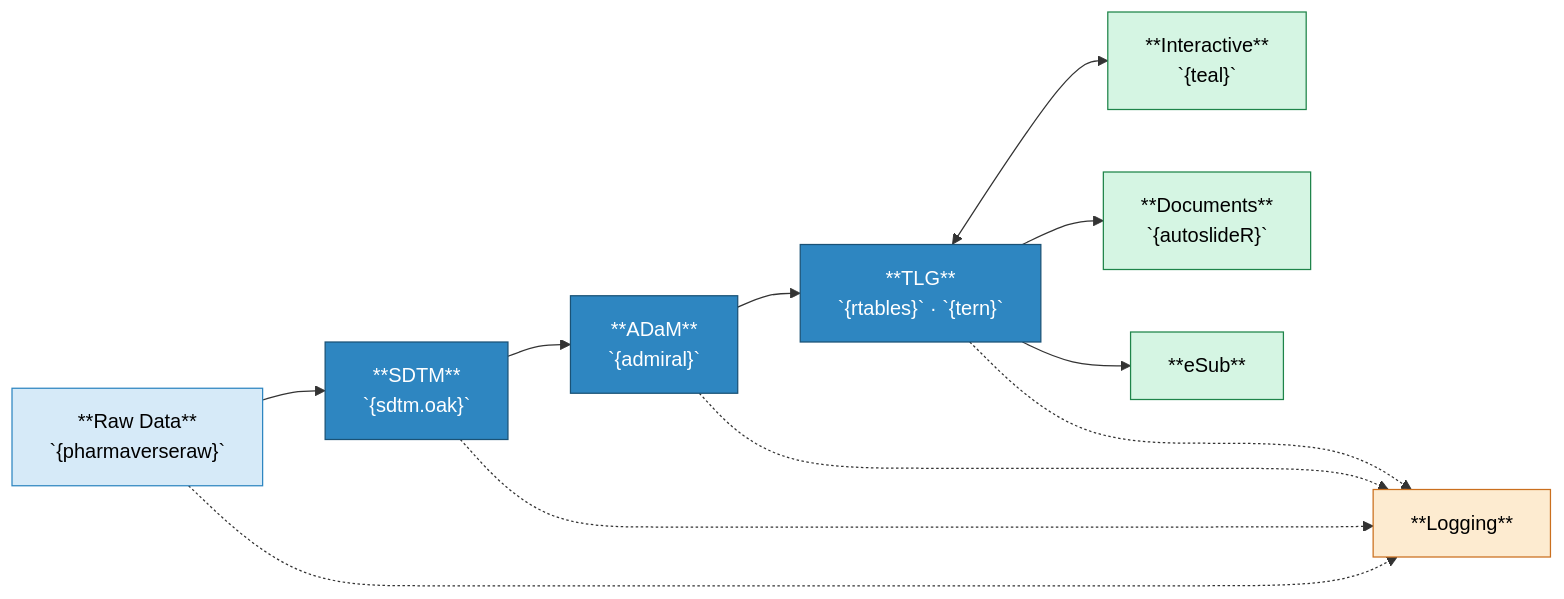
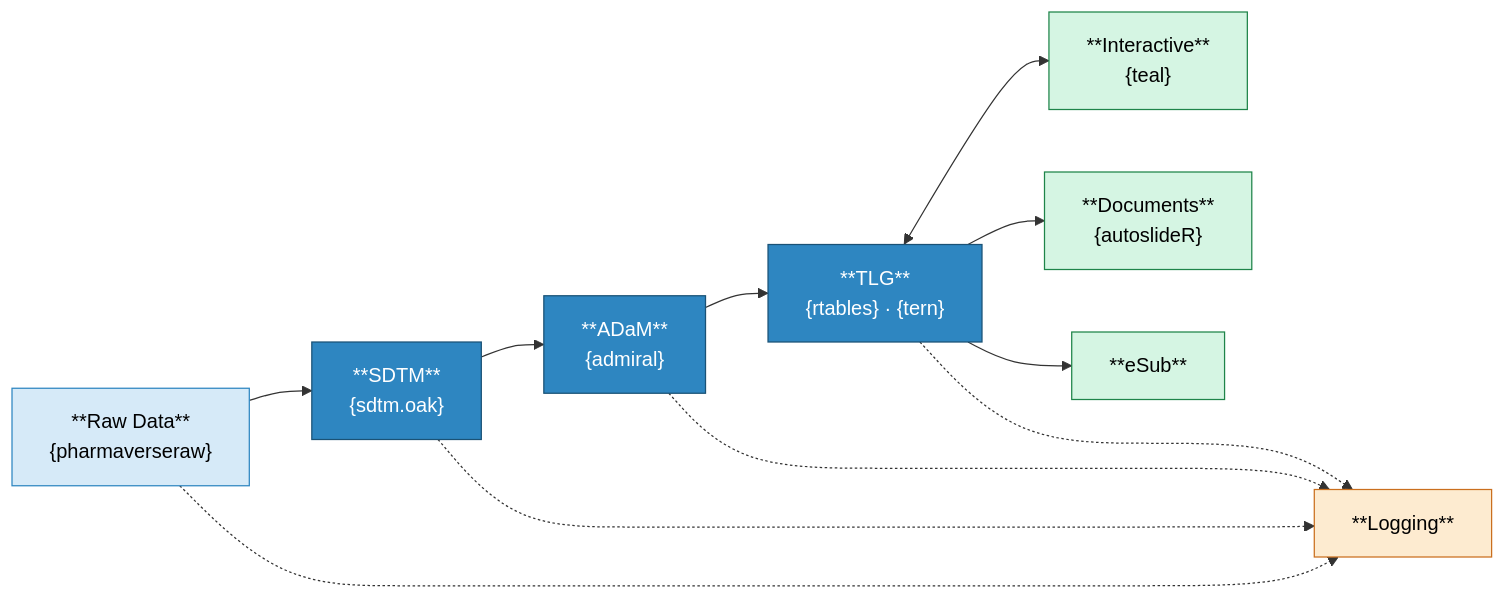
Before and after one commit to pharmaverse/examples: the diagram in index.qmd, drawn with Mermaid.

Commit message:
Fix unsupported backticks in Mermaid

````diff
--- a/index.qmd
+++ b/index.qmd
@@ -61,31 +61,31 @@
 ```{mermaid}
 %%| fig-cap: "The pharmaverse clinical data pipeline"
 flowchart LR
-    RAW["**Raw Data**\n`{pharmaverseraw}`"]
-    SDTM["**SDTM**\n`{sdtm.oak}`"]
-    ADAM["**ADaM**\n`{admiral}`"]
-    TLG["**TLG**\n`{rtables}` · `{tern}`"]
-    INT["**Interactive**\n`{teal}`"]
-    DOC["**Documents**\n`{autoslideR}`"]
+    RAW["**Raw Data**\n{pharmaverseraw}"]
+    SDTM["**SDTM**\n{sdtm.oak}"]
+    ADAM["**ADaM**\n{admiral}"]
+    TLG["**TLG**\n{rtables} · {tern}"]
+    INT["**Interactive**\n{teal}"]
+    DOC["**Documents**\n{autoslideR}"]
     ESUB["**eSub**"]
     LOG["**Logging**"]
 
     RAW --> SDTM --> ADAM --> TLG
     TLG <--> INT
     TLG --> DOC
     TLG --> ESUB
 
     RAW -..-> LOG
     SDTM -..-> LOG
     ADAM -..-> LOG
     TLG -..-> LOG
 
     style RAW  fill:#d6eaf8,stroke:#2e86c1,color:#000
     style SDTM fill:#2e86c1,stroke:#1a5276,color:#fff
     style ADAM fill:#2e86c1,stroke:#1a5276,color:#fff
     style TLG  fill:#2e86c1,stroke:#1a5276,color:#fff
     style INT  fill:#d5f5e3,stroke:#1e8449,color:#000
     style DOC  fill:#d5f5e3,stroke:#1e8449,color:#000
     style ESUB fill:#d5f5e3,stroke:#1e8449,color:#000
     style LOG  fill:#fdebd0,stroke:#ca6f1e,color:#000
 ```
````
